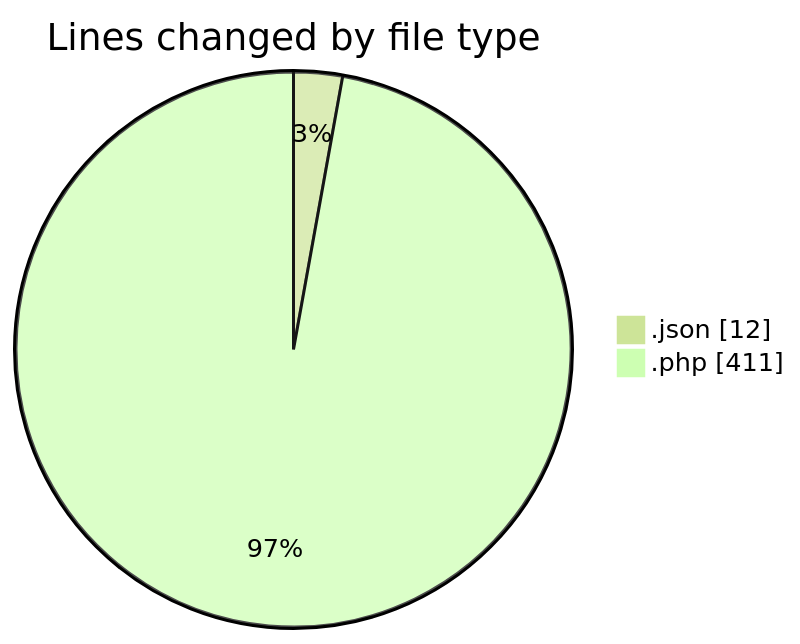
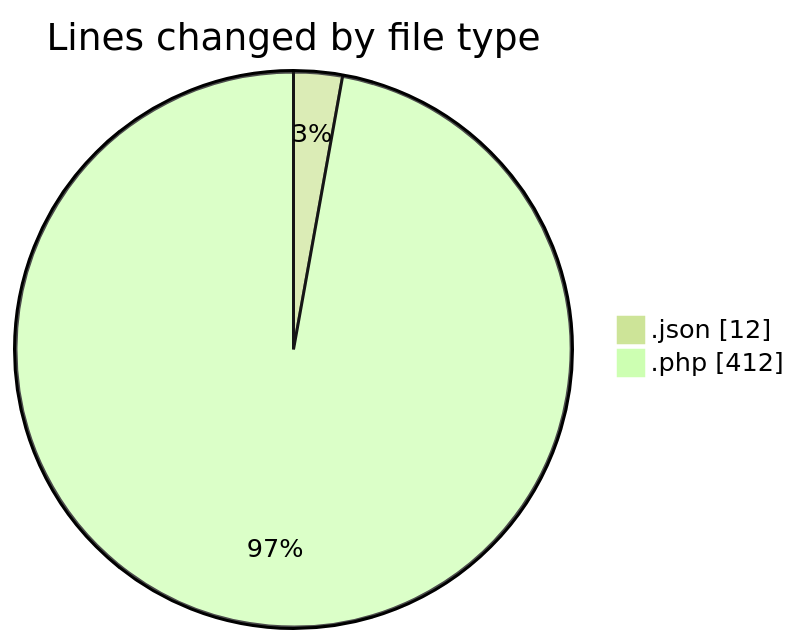
One commit to vahidmafi/code-tracking changed the first of 2 diagrams in 2025-01-24/zeytoon/README.md. Above: the diagram before and after it, drawn with Mermaid (forest theme). The commit also changed other lines of this file and 1 other file, not shown here.

````diff
--- a/2025-01-24/zeytoon/README.md
+++ b/2025-01-24/zeytoon/README.md
@@ -21,6 +21,6 @@
 ```mermaid
 pie showData
 title Lines changed by file type
 ".json" : 12
-".php" : 411
+".php" : 412
 ```
````
